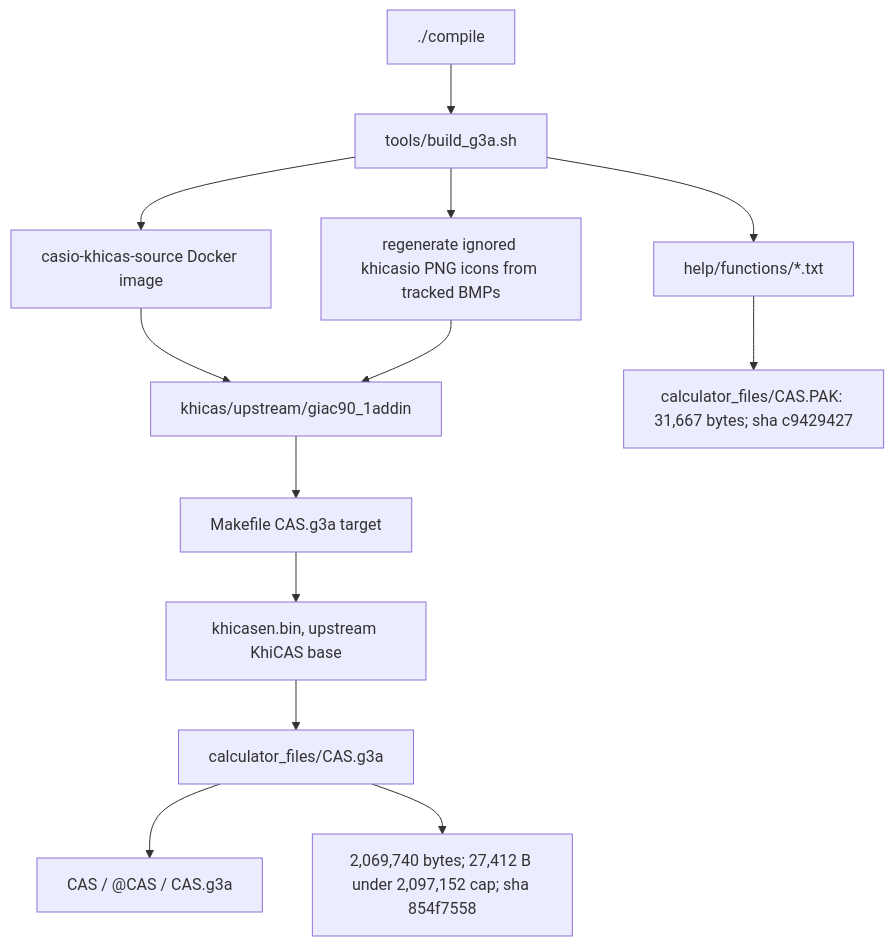
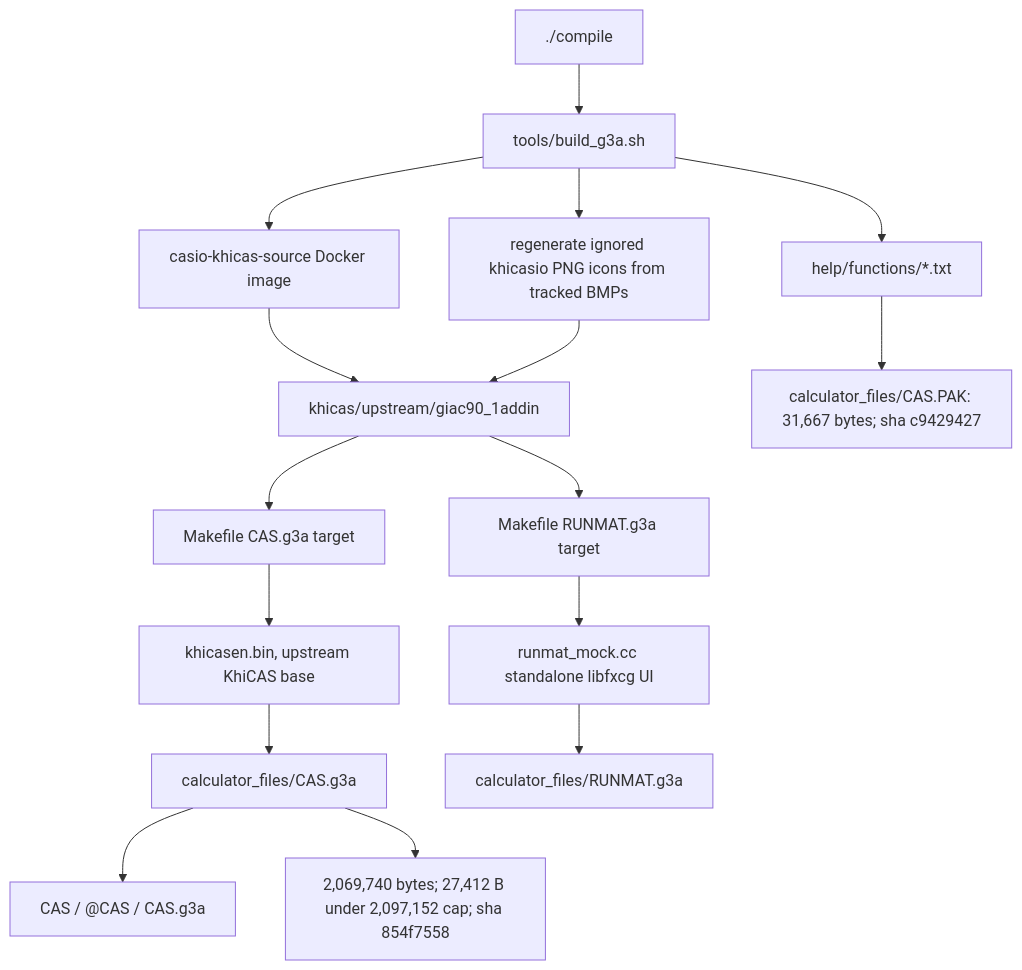
The first of 6 diagrams in docs/GRAPH.md (james8464/notes-addin-casio-fx-cg50), drawn with Mermaid before and after one commit. The commit also changed 13 other files, not shown here.

````diff
--- a/docs/GRAPH.md
+++ b/docs/GRAPH.md
@@ -7,15 +7,18 @@
 ```mermaid
 graph TD
   Compile["./compile"] --> Build["tools/build_g3a.sh"]
   Build --> Docker["casio-khicas-source Docker image"]
   Docker --> Src["khicas/upstream/giac90_1addin"]
   Build --> Icons["regenerate ignored khicasio PNG icons from tracked BMPs"]
   Icons --> Src
   Src --> Make["Makefile CAS.g3a target"]
   Make --> Bin["khicasen.bin, upstream KhiCAS base"]
   Bin --> G3A["calculator_files/CAS.g3a"]
+  Src --> RunMatMake["Makefile RUNMAT.g3a target"]
+  RunMatMake --> RunMatSrc["runmat_mock.cc standalone libfxcg UI"]
+  RunMatSrc --> RunMatG3A["calculator_files/RUNMAT.g3a"]
   Build --> Help["help/functions/*.txt"]
   Help --> PAK["calculator_files/CAS.PAK: 31,667 bytes; sha c9429427"]
   G3A --> Meta["CAS / @CAS / CAS.g3a"]
   G3A --> Size["2,069,740 bytes; 27,412 B under 2,097,152 cap; sha 854f7558"]
 ```
````
